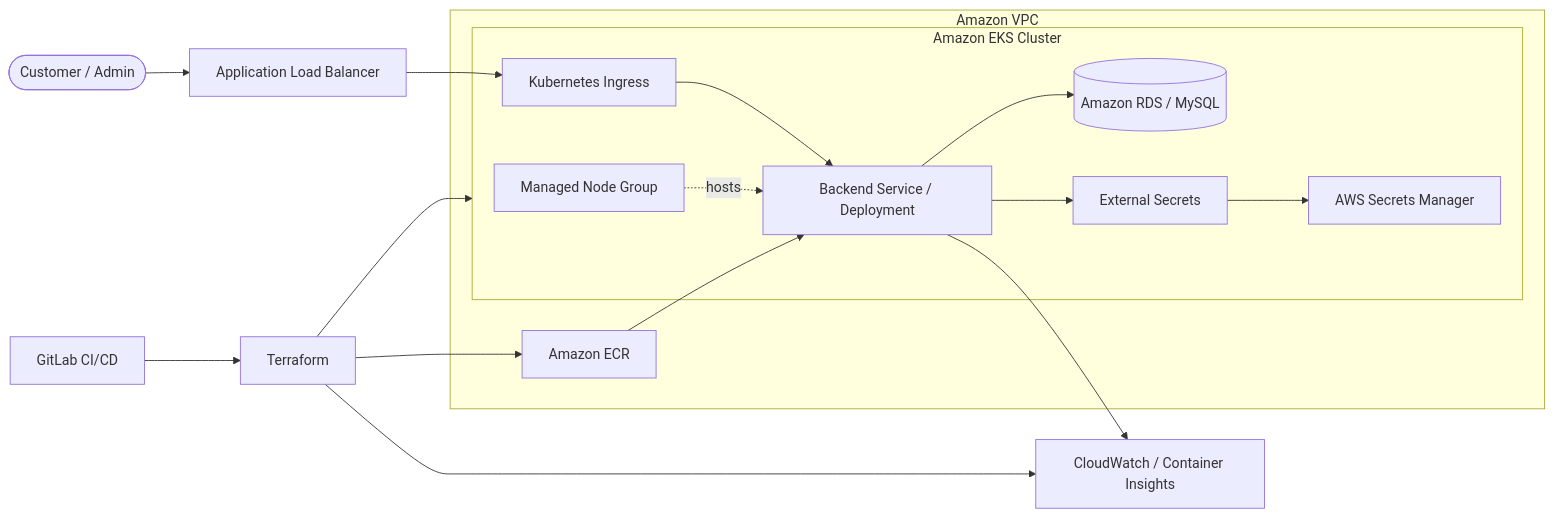
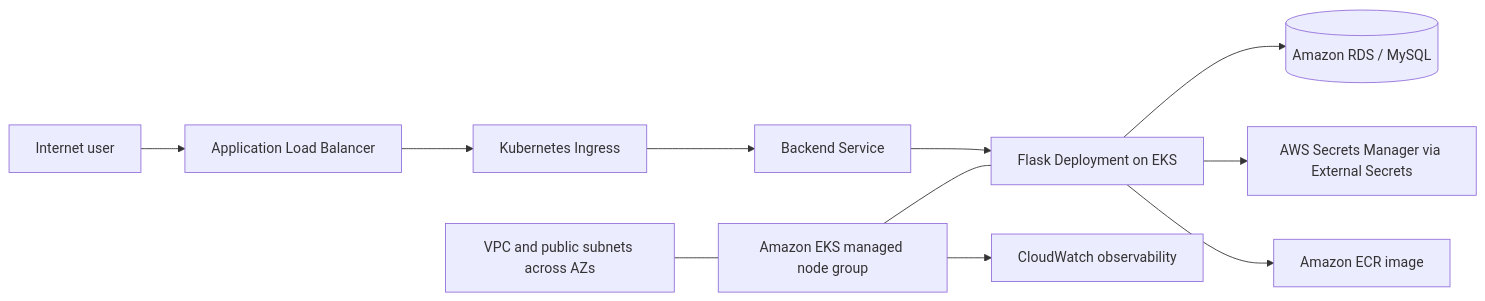
One commit to pavan-007-0/aws-3tier-terraform-backend changed the diagram in README.md. Above: the diagram before and after it, drawn with Mermaid. The commit also changed other lines of this file, not shown here.

Commit message:
docs: clarify Terraform HCL EKS architecture

````diff
--- a/README.md
+++ b/README.md
@@ -11,20 +14,13 @@
 ```mermaid
 flowchart LR
-    User([Customer / Admin]) --> ALB[Application Load Balancer]
+    User[Internet user] --> ALB[Application Load Balancer]
     ALB --> Ingress[Kubernetes Ingress]
-    subgraph VPC[Amazon VPC]
-      subgraph EKS[Amazon EKS Cluster]
-        Ingress --> Backend[Backend Service / Deployment]
-        Backend --> RDS[(Amazon RDS / MySQL)]
-        Backend --> Secret[External Secrets]
-        Secret --> SM[AWS Secrets Manager]
-        NodeGroup[Managed Node Group] -. hosts .-> Backend
-      end
-      ECR[Amazon ECR] --> Backend
-    end
-    CICD[GitLab CI/CD] --> Terraform[Terraform]
-    Terraform --> EKS
-    Terraform --> ECR
-    Terraform --> CW[CloudWatch / Container Insights]
-    Backend --> CW
+    Ingress --> Service[Backend Service]
+    Service --> Deployment[Flask Deployment on EKS]
+    Deployment --> RDS[(Amazon RDS / MySQL)]
+    Deployment --> Secrets[AWS Secrets Manager via External Secrets]
+    Deployment --> ECR[Amazon ECR image]
+    EKS[Amazon EKS managed node group] --- Deployment
+    VPC[VPC and public subnets across AZs] --- EKS
+    EKS --> CW[CloudWatch observability]
 ```
````
